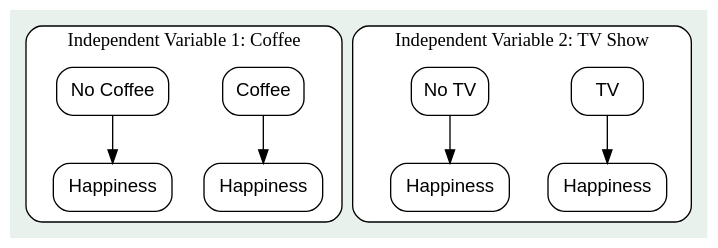
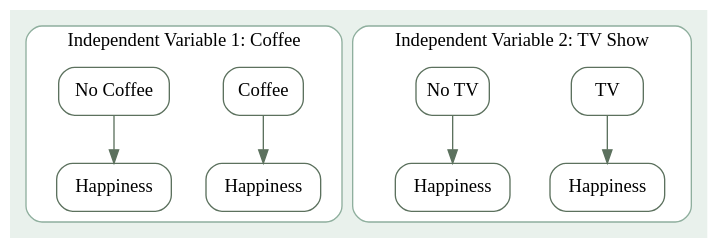
The first of 4 diagrams in lec13fct/lec13fct.qmd (DavidBrocker/348SlideDecks), drawn with Graphviz before and after one commit. The commit also changed other lines of this file and 11 other files, not shown here.

````diff
--- a/lec13fct/lec13fct.qmd
+++ b/lec13fct/lec13fct.qmd
@@ -76,37 +198,37 @@
 ```{dot}
-//| echo: false
-
-
 digraph {
-  node [shape = box, style = rounded, fontname = Helvetica]
+  node [shape = box, style = "rounded,filled", fillcolor = "white", color = "#5C715E", fontname = "Fira Sans"]
+  edge [color = "#5C715E"]
   bgcolor = "#E9F1EC"
 
   subgraph cluster_coffee {
     label = "Independent Variable 1: Coffee"
     bgcolor = "white"
     style = rounded
+    color = "#8FAF9E"
 
     C1 [label="Coffee"]
     C2 [label="No Coffee"]
     H1 [label="Happiness"]
     H2 [label="Happiness"]
 
     C1 -> H1
     C2 -> H2
   }
 
   subgraph cluster_tv {
     label = "Independent Variable 2: TV Show"
     bgcolor = "white"
     style = rounded
+    color = "#8FAF9E"
 
     TV [label="TV"]
     NTV [label="No TV"]
     H3 [label="Happiness"]
     H4 [label="Happiness"]
 
     TV -> H3
     NTV -> H4
   }
 }
 ```
````
